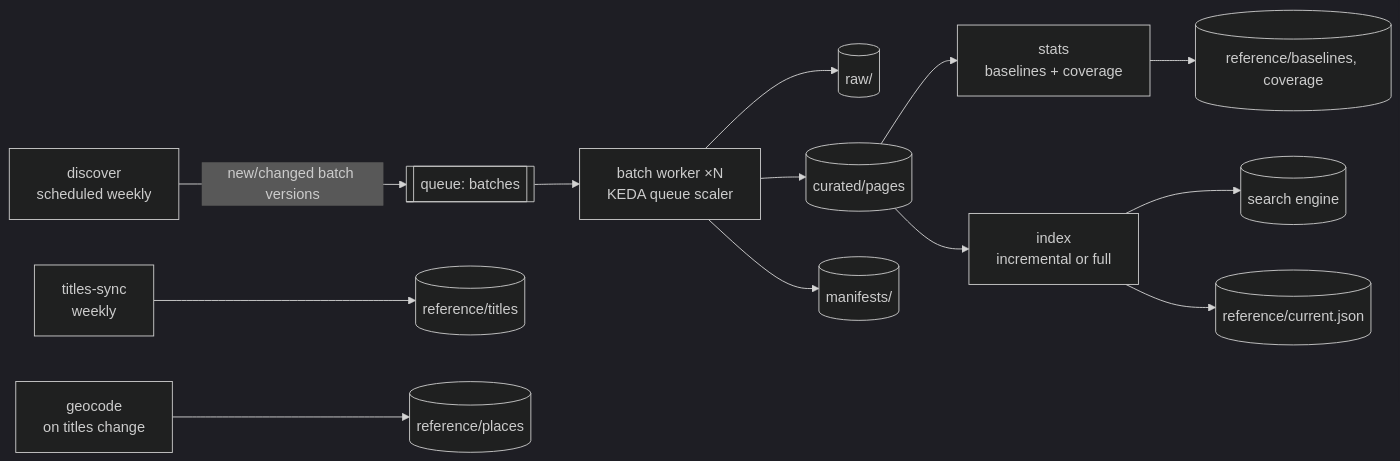
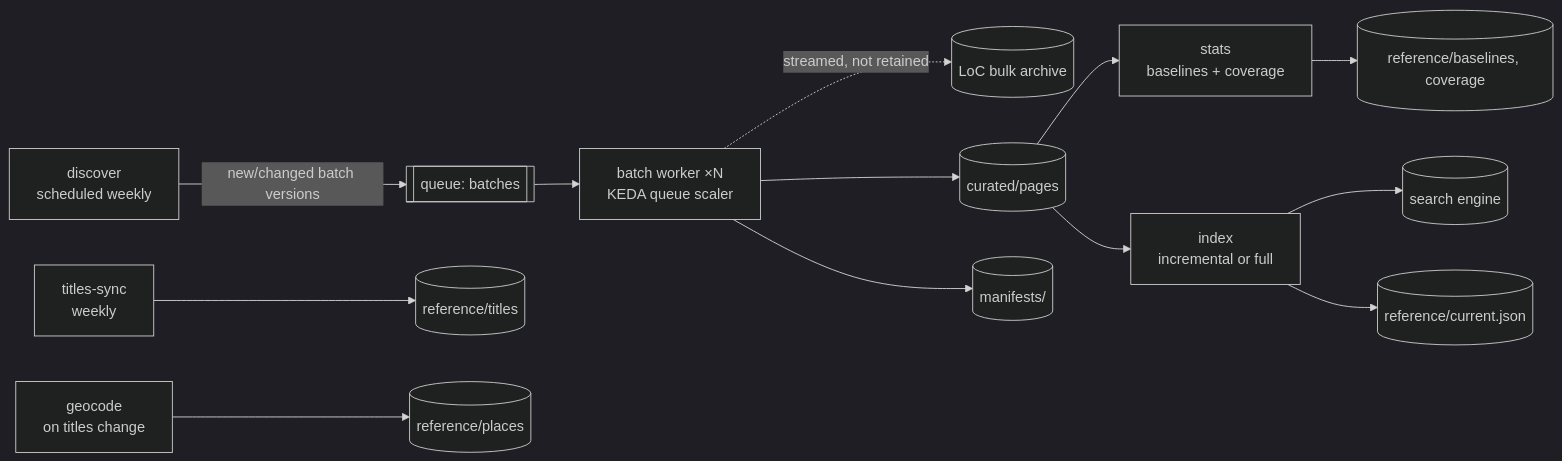
The diagram in docs/design/04-data-sources-and-ingestion.md (tgoodyear/usnewsmap.com), drawn with Mermaid (dark theme) before and after one commit. The commit also changed other lines of this file and 16 other files, not shown here.

````diff
--- a/docs/design/04-data-sources-and-ingestion.md
+++ b/docs/design/04-data-sources-and-ingestion.md
@@ -75,13 +76,13 @@
 ```mermaid
 flowchart LR
   D[discover<br/>scheduled weekly] -->|new/changed batch versions| Q[[queue: batches]]
   Q --> B[batch worker ×N<br/>KEDA queue scaler]
-  B --> RAW[(raw/)]
+  B -. streamed, not retained .-> RAW[(LoC bulk archive)]
   B --> CUR[(curated/pages)]
   B --> MAN[(manifests/)]
   T[titles-sync<br/>weekly] --> REFT[(reference/titles)]
   G[geocode<br/>on titles change] --> REFP[(reference/places)]
   CUR --> S[stats<br/>baselines + coverage] --> REFB[(reference/baselines, coverage)]
   CUR --> I[index<br/>incremental or full] --> SE[(search engine)]
   I --> CURJ[(reference/current.json)]
 ```
````
